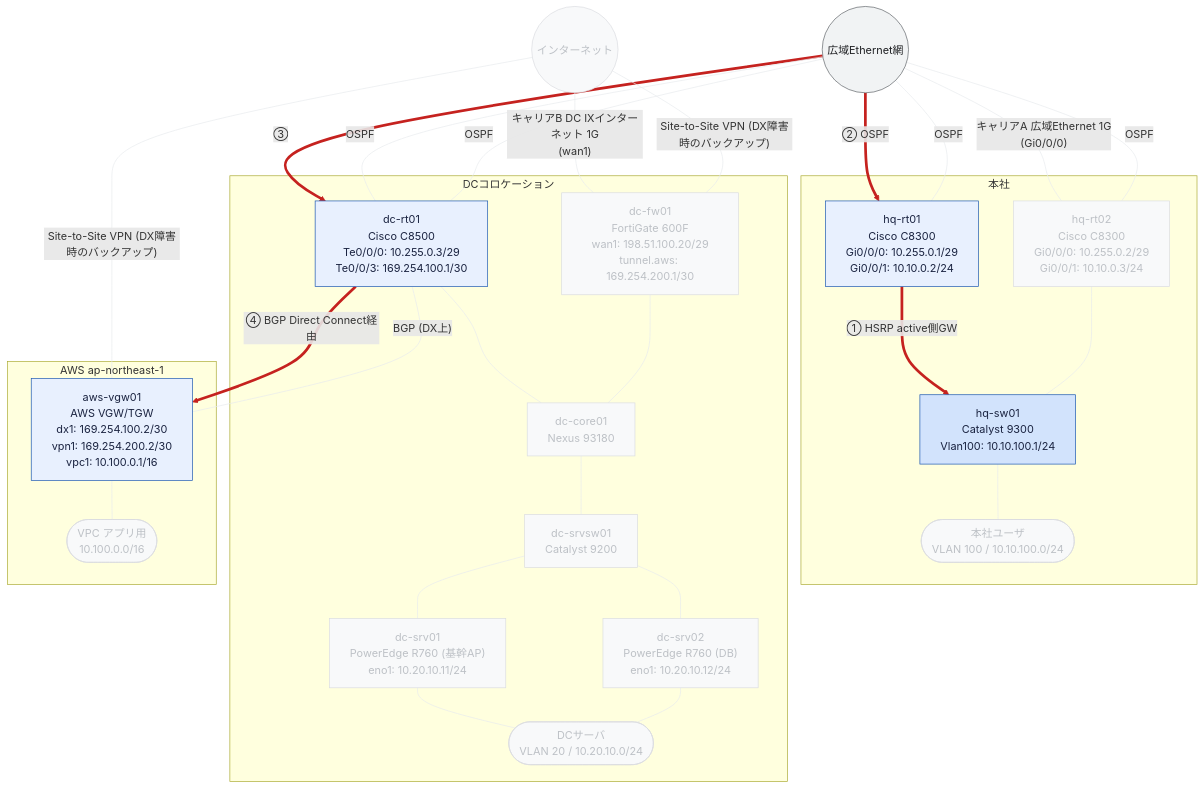
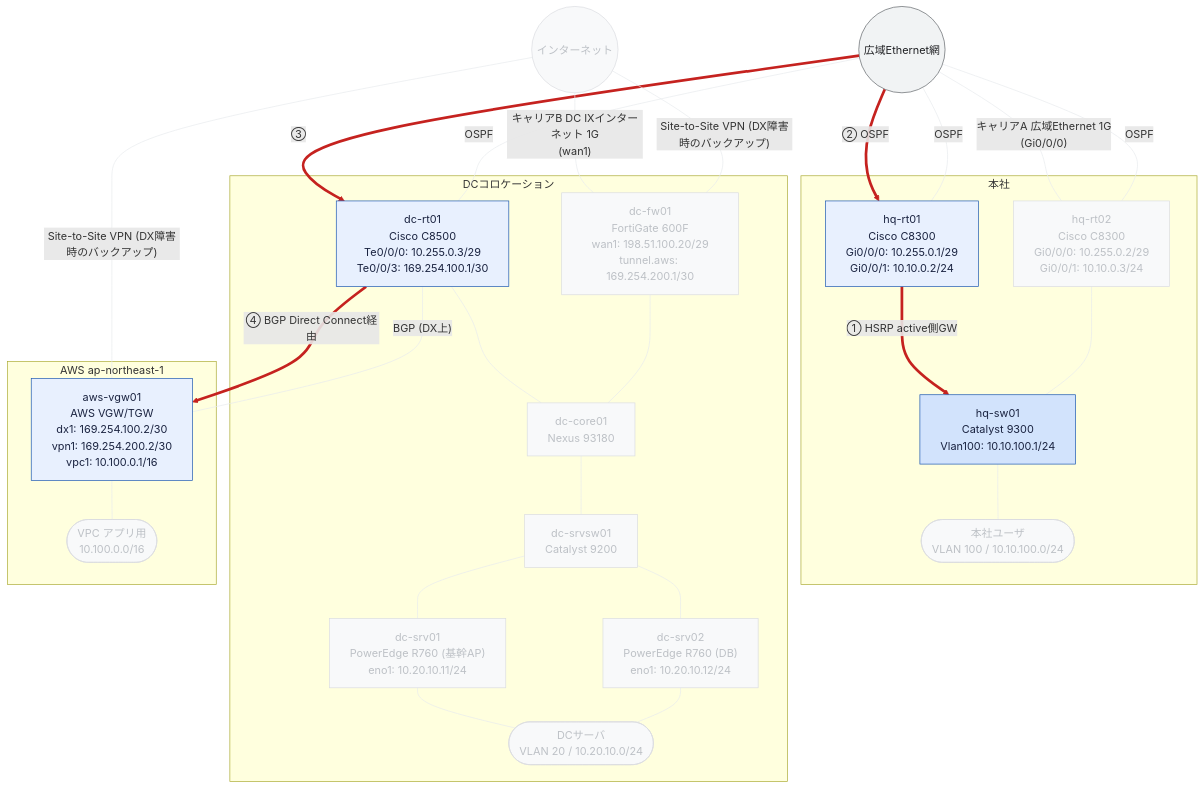
Before and after one commit to thinas1115/nwdsl: the diagram in examples/hq-dc-cloud/generated/path-normal.mmd, drawn with Mermaid. The commit also changed 31 other files, not shown here.

```diff
--- a/examples/hq-dc-cloud/generated/path-normal.mmd
+++ b/examples/hq-dc-cloud/generated/path-normal.mmd
@@ -1,63 +1,62 @@
 flowchart TB
   subgraph sg_hq["本社"]
     hq_rt01["hq-rt01<br>Cisco C8300<br>Gi0/0/0: 10.255.0.1/29<br>Gi0/0/1: 10.10.0.2/24"]
     hq_sw01["hq-sw01<br>Catalyst 9300<br>Vlan100: 10.10.100.1/24"]
     hq_rt02["hq-rt02<br>Cisco C8300<br>Gi0/0/0: 10.255.0.2/29<br>Gi0/0/1: 10.10.0.3/24"]
     seg__hq_users(["本社ユーザ<br>VLAN 100 / 10.10.100.0/24"])
   end
   subgraph sg_dc["DCコロケーション"]
     dc_rt01["dc-rt01<br>Cisco C8500<br>Te0/0/0: 10.255.0.3/29<br>Te0/0/3: 169.254.100.1/30"]
     dc_core01["dc-core01<br>Nexus 93180"]
     dc_fw01["dc-fw01<br>FortiGate 600F<br>wan1: 198.51.100.20/29<br>tunnel.aws: 169.254.200.1/30"]
     dc_srvsw01["dc-srvsw01<br>Catalyst 9200"]
     dc_srv01["dc-srv01<br>PowerEdge R760 (基幹AP)<br>eno1: 10.20.10.11/24"]
     dc_srv02["dc-srv02<br>PowerEdge R760 (DB)<br>eno1: 10.20.10.12/24"]
     seg__dc_servers(["DCサーバ<br>VLAN 20 / 10.20.10.0/24"])
   end
   subgraph sg_aws["AWS ap-northeast-1"]
     aws_vgw01["aws-vgw01<br>AWS VGW/TGW<br>dx1: 169.254.100.2/30<br>vpn1: 169.254.200.2/30<br>vpc1: 10.100.0.1/16"]
     seg__aws_vpc_app(["VPC アプリ用<br>10.100.0.0/16"])
   end
   wide_ether(("広域Ethernet網"))
   internet(("インターネット"))
   hq_rt01 -->|"① HSRP active側GW"| hq_sw01
   hq_rt02 --- hq_sw01
   dc_rt01 --- dc_core01
   dc_fw01 --- dc_core01
   dc_core01 --- dc_srvsw01
   dc_srvsw01 --- dc_srv01
   dc_srvsw01 --- dc_srv02
   wide_ether -->|"② OSPF"| hq_rt01
   wide_ether ---|"キャリアA 広域Ethernet 1G<br>(Gi0/0/0)"| hq_rt02
   wide_ether -->|"③"| dc_rt01
   dc_rt01 -->|"④ BGP Direct Connect経由"| aws_vgw01
   internet ---|"キャリアB DC IXインターネット 1G<br>(wan1)"| dc_fw01
   internet ---|"Site-to-Site VPN (DX障害時のバックアップ)"| dc_fw01
   internet ---|"Site-to-Site VPN (DX障害時のバックアップ)"| aws_vgw01
   wide_ether ---|"OSPF"| hq_rt01
   wide_ether ---|"OSPF"| dc_rt01
   wide_ether ---|"OSPF"| hq_rt02
-  wide_ether ---|"OSPF"| dc_rt01
   dc_rt01 ---|"BGP (DX上)"| aws_vgw01
   hq_sw01 --- seg__hq_users
   dc_srv01 --- seg__dc_servers
   dc_srv02 --- seg__dc_servers
   aws_vgw01 --- seg__aws_vpc_app
 
   classDef node_dim fill:#f8f9fa,stroke:#dadce0,color:#bdc1c6
   classDef node_failed fill:#fce8e6,stroke:#c5221f,color:#3c1a19
   classDef role_router fill:#e8f0fe,stroke:#1a56b0,color:#1a2340
   classDef role_l3switch fill:#d2e3fc,stroke:#1a56b0,color:#1a2340
   classDef role_l2switch fill:#e6f4ea,stroke:#137333,color:#1a2e1f
   classDef role_firewall fill:#fce8e6,stroke:#c5221f,color:#3c1a19
   classDef role_other fill:#f1f3f4,stroke:#5f6368,color:#202124
   classDef node_cloud fill:#f1f3f4,stroke:#5f6368,color:#202124
   classDef node_site fill:#fff8e1,stroke:#b58105,color:#4a3a08
   classDef node_segment fill:#e2f5f0,stroke:#0f766e,color:#0b3d38
   classDef node_external fill:#ffffff,stroke:#9aa0a6,stroke-dasharray:3 3,color:#5f6368
   class hq_rt01,dc_rt01,aws_vgw01 role_router
   class hq_sw01 role_l3switch
   class hq_rt02,dc_core01,dc_fw01,dc_srvsw01,dc_srv01,dc_srv02,internet,seg__hq_users,seg__dc_servers,seg__aws_vpc_app node_dim
   class wide_ether node_cloud
   linkStyle 0,7,9,10 stroke:#c5221f,stroke-width:4px
-  linkStyle 1,2,3,4,5,6,8,11,12,13,14,15,16,17,18,19,20,21,22 stroke:#e8eaed,stroke-width:1px
+  linkStyle 1,2,3,4,5,6,8,11,12,13,14,15,16,17,18,19,20,21 stroke:#e8eaed,stroke-width:1px
```
